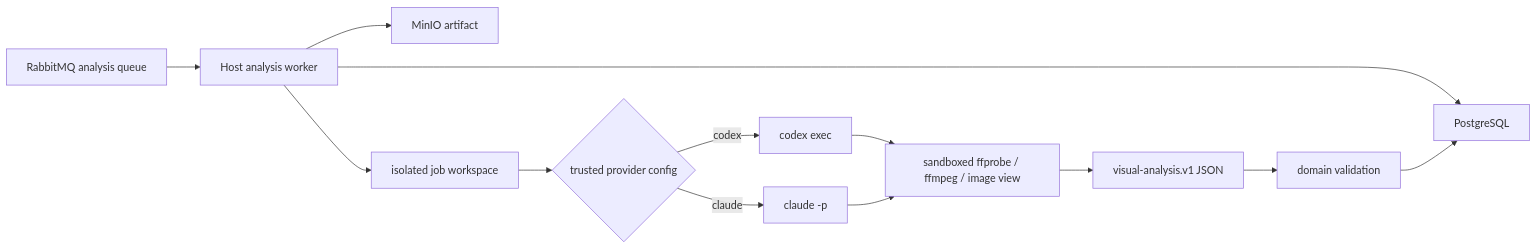
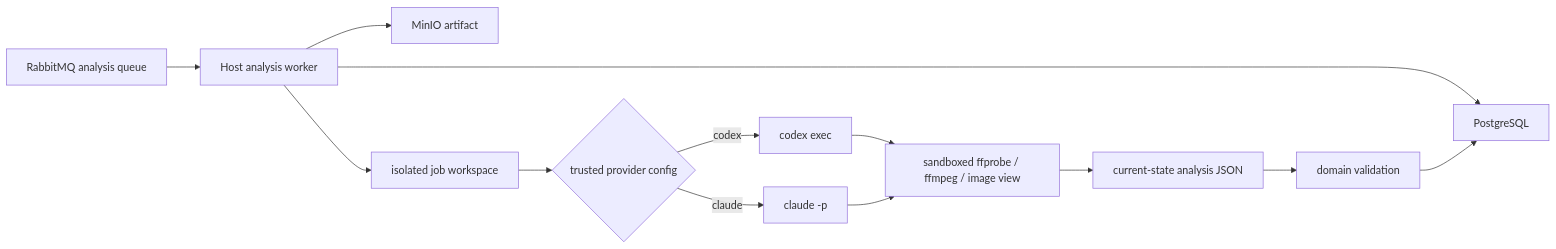
One commit to StephenQiu30/video-server changed the diagram in docs/design/010-Codex与Claude CLI视频分析设计.md. Above: the diagram before and after it, drawn with Mermaid. The commit also changed other lines of this file and 105 other files, not shown here.

````diff
--- a/docs/design/010-Codex与Claude CLI视频分析设计.md
+++ b/docs/design/010-Codex与Claude CLI视频分析设计.md
@@ -129,15 +129,15 @@
 ```mermaid
 flowchart LR
     Q["RabbitMQ analysis queue"] --> W["Host analysis worker"]
     W --> DB["PostgreSQL"]
     W --> S["MinIO artifact"]
     W --> J["isolated job workspace"]
     J --> P{"trusted provider config"}
     P -->|codex| C["codex exec"]
     P -->|claude| A["claude -p"]
     C --> T["sandboxed ffprobe / ffmpeg / image view"]
     A --> T
-    T --> O["visual-analysis.v1 JSON"]
+    T --> O["current-state analysis JSON"]
     O --> V["domain validation"]
     V --> DB
 ```
````
